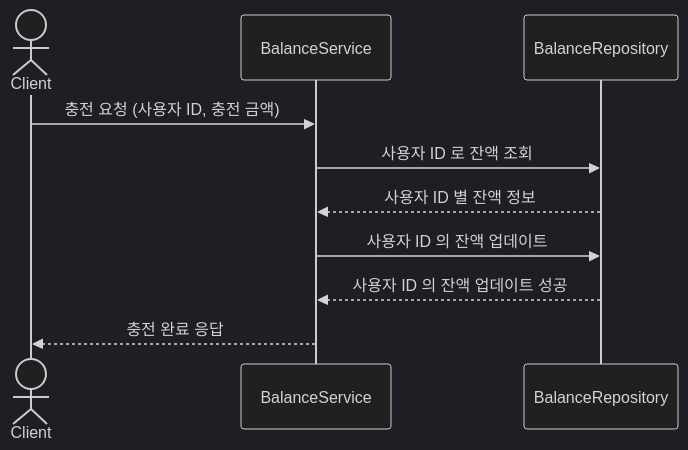
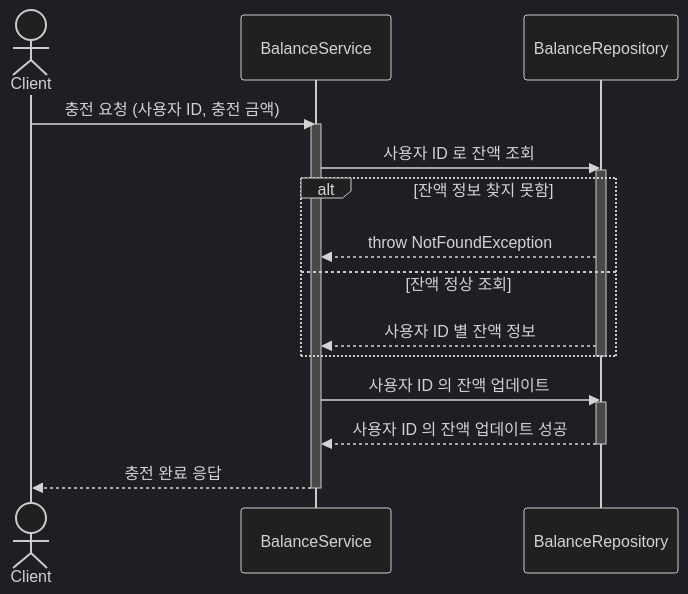
The first of 10 diagrams in docs/SEQUENCE_DIAGRAM.md (lgm1007/hhplus_ecommerce), drawn with Mermaid (dark theme) before and after one commit. The commit also changed other lines of this file and 1 other file, not shown here.

Commit message:
docs: 시퀀스 다이어그램, 플로우 차트 내용 수정

````diff
--- a/docs/SEQUENCE_DIAGRAM.md
+++ b/docs/SEQUENCE_DIAGRAM.md
@@ -8,13 +8,23 @@
 ```mermaid
 sequenceDiagram
     actor Client
     participant BalanceService
     participant BalanceRepository
 
     Client ->> BalanceService: 충전 요청 (사용자 ID, 충전 금액)
+    activate BalanceService
     BalanceService ->> BalanceRepository: 사용자 ID 로 잔액 조회
-    BalanceRepository -->> BalanceService: 사용자 ID 별 잔액 정보
+    activate BalanceRepository
+    alt 잔액 정보 찾지 못함
+        BalanceRepository -->> BalanceService: throw NotFoundException
+    else 잔액 정상 조회
+        BalanceRepository -->> BalanceService: 사용자 ID 별 잔액 정보
+    end
+    deactivate BalanceRepository
     BalanceService ->> BalanceRepository: 사용자 ID 의 잔액 업데이트
+    activate BalanceRepository
     BalanceRepository -->> BalanceService: 사용자 ID 의 잔액 업데이트 성공
+    deactivate BalanceRepository
     BalanceService -->> Client: 충전 완료 응답
+    deactivate BalanceService
 ```
````
